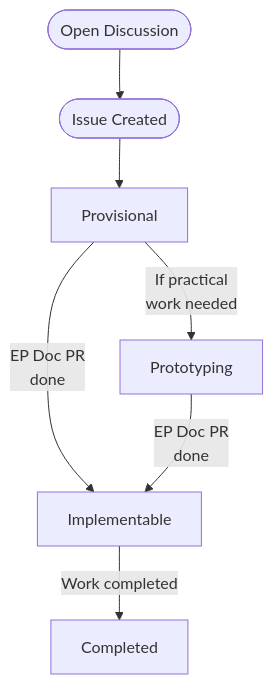
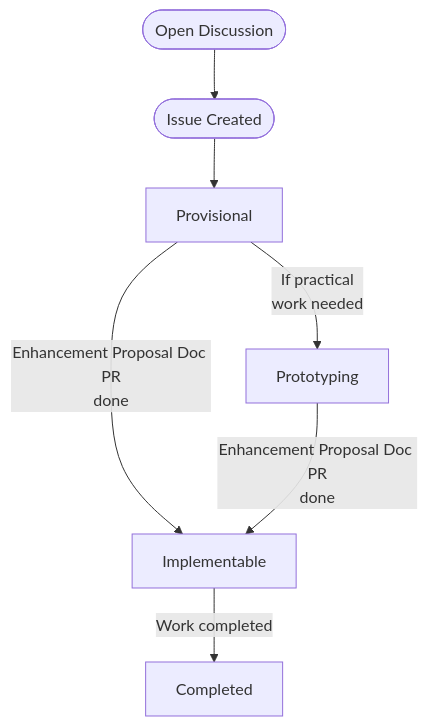
One commit to nginxinc/nginx-gateway-fabric changed the diagram in docs/proposals/README.md. Above: the diagram before and after it, drawn with Mermaid. The commit also changed other lines of this file and 2 other files, not shown here.

````diff
--- a/docs/proposals/README.md
+++ b/docs/proposals/README.md
@@ -16,9 +16,9 @@
 ```mermaid
 flowchart TD
     D([Open Discussion]) --> C
     C([Issue Created]) --> Provisional
-    Provisional -->|EP Doc PR<br />done| Implementable
+    Provisional -->|Enhancement Proposal Doc PR<br />done| Implementable
     Provisional -->|If practical <br /> work needed| Prototyping
-    Prototyping -->|EP Doc PR<br />done| Implementable
+    Prototyping -->|Enhancement Proposal Doc PR<br />done| Implementable
     Implementable -->|Work completed| Completed
 ```
````
